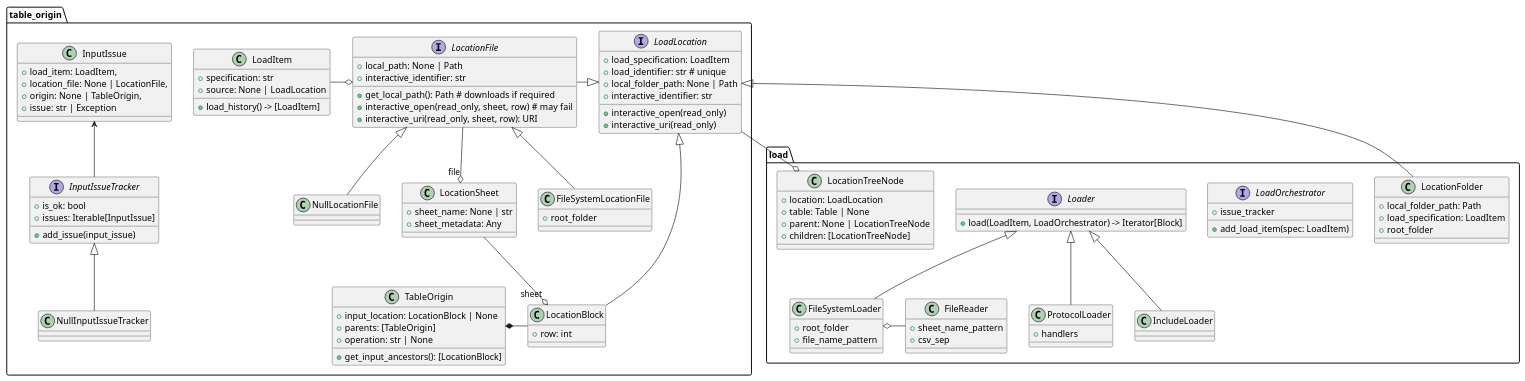
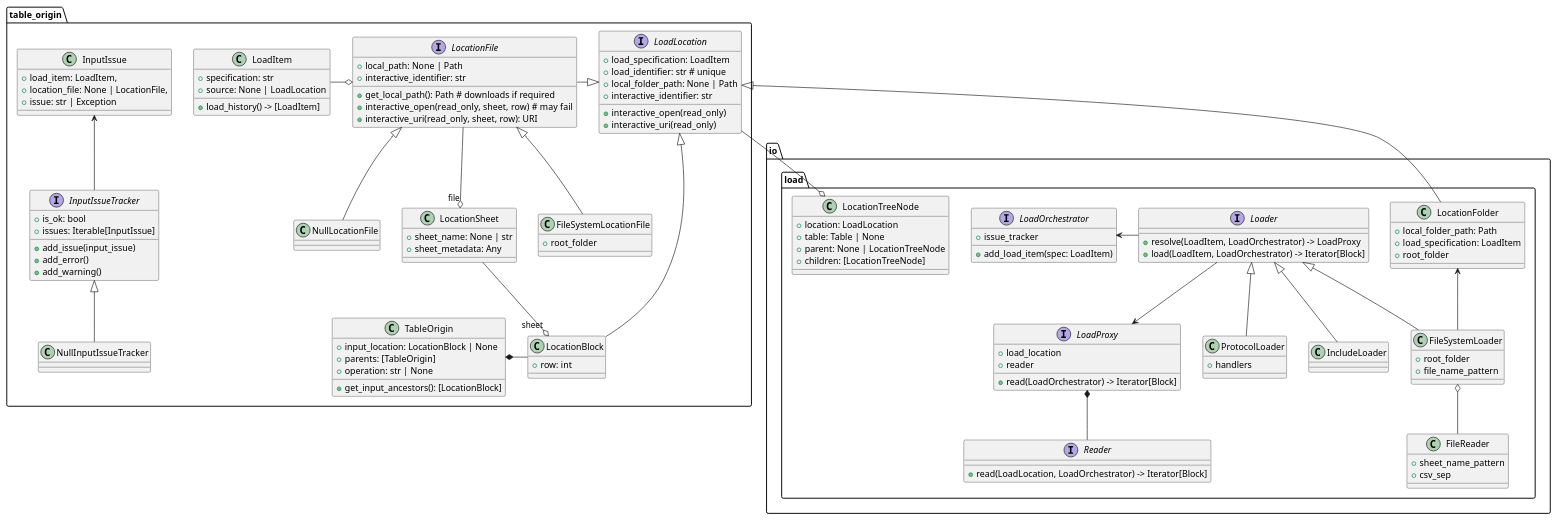
The diagram in docs/diagrams/src/table_origin.puml (startable/pdtable), drawn with PlantUML before and after one commit. The commit also changed 7 other files, not shown here.

First line of the commit message:
Implement load-reader separation

```diff
--- a/docs/diagrams/src/table_origin.puml
+++ b/docs/diagrams/src/table_origin.puml
@@ -9,127 +9,144 @@
 @startuml Table Origin
 
 namespace table_origin {
     class LoadItem  {
         + specification: str
         + source: None | LoadLocation
         + load_history() -> [LoadItem]
     }
 
     ' LoadItem o-- LoadLocation
     LoadLocation <|-- LocationBlock
 
     interface LoadLocation {
         + load_specification: LoadItem
         + load_identifier: str # unique
         + local_folder_path: None | Path
         + interactive_identifier: str
         + interactive_open(read_only)
         + interactive_uri(read_only)
     }
 
     interface LocationFile {
         + local_path: None | Path
         + get_local_path(): Path # downloads if required
         + interactive_open(read_only, sheet, row)  # may fail
         + interactive_uri(read_only, sheet, row): URI
         + interactive_identifier: str
     }
 
     class FileSystemLocationFile {
         + root_folder
     }
     LocationFile <|-- FileSystemLocationFile
     LocationFile <|-- NullLocationFile
     LocationFile -|> LoadLocation
 
     LoadItem  -o LocationFile
 
     class LocationSheet {
         + sheet_name: None | str
         + sheet_metadata: Any
     }
 
     LocationFile --o "file" LocationSheet
 
     class LocationBlock {
         + row: int
     }
 
     LocationSheet --o "sheet" LocationBlock
 
     class TableOrigin {
         + input_location: LocationBlock | None
         + parents: [TableOrigin]
         + operation: str | None
         + get_input_ancestors(): [LocationBlock]
     }
 
     TableOrigin *- LocationBlock
 
     class InputIssue {
         + load_item: LoadItem,
         + location_file: None | LocationFile,
-        + origin: None | TableOrigin,
         + issue: str | Exception
     }
 
     interface InputIssueTracker {
         + add_issue(input_issue)
+        + add_error()
+        + add_warning()
         + is_ok: bool
         + issues: Iterable[InputIssue]
     }
 
     InputIssue <-- InputIssueTracker
 
     InputIssueTracker <|-- NullInputIssueTracker
 
 }
 
-namespace load {
+namespace io.load {
     class LocationFolder {
         + local_folder_path: Path
         + load_specification: LoadItem
         + root_folder
     }
     table_origin.LoadLocation <|- LocationFolder
 
     interface LoadOrchestrator {
         + add_load_item(spec: LoadItem)
         + issue_tracker
     }
 
+    interface Reader {
+        +read(LoadLocation, LoadOrchestrator) -> Iterator[Block]
+    }
+
+    interface LoadProxy {
+        +load_location
+        +reader
+        +read(LoadOrchestrator) -> Iterator[Block]
+    }
+
+    LoadProxy *-- Reader
+    Loader --> LoadProxy
+    LoadOrchestrator <- Loader
+
     interface Loader {
+        + resolve(LoadItem, LoadOrchestrator) -> LoadProxy
         + load(LoadItem, LoadOrchestrator) -> Iterator[Block]
     }
 
     class FileSystemLoader {
         + root_folder
         + file_name_pattern
     }
 
     class ProtocolLoader {
         + handlers
     }
 
     Loader <|-- ProtocolLoader
     Loader <|-- FileSystemLoader
     Loader <|-- IncludeLoader
 
     class FileReader {
         + sheet_name_pattern
         + csv_sep
     }
 
-    FileSystemLoader o- FileReader
+    FileSystemLoader o-- FileReader
+    LocationFolder <-- FileSystemLoader
 
     class LocationTreeNode {
         + location: LoadLocation
         + table: Table | None
         + parent: None | LocationTreeNode
         + children: [LocationTreeNode]
     }
 
     table_origin.LoadLocation --o LocationTreeNode
 
 }
 @enduml
```
